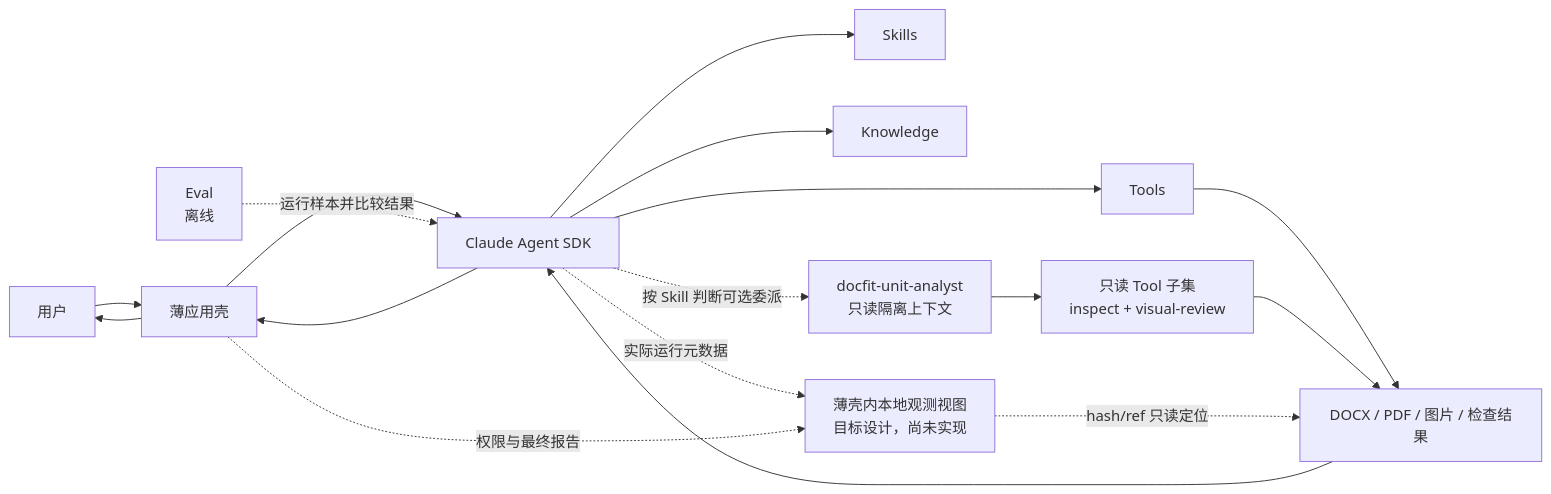
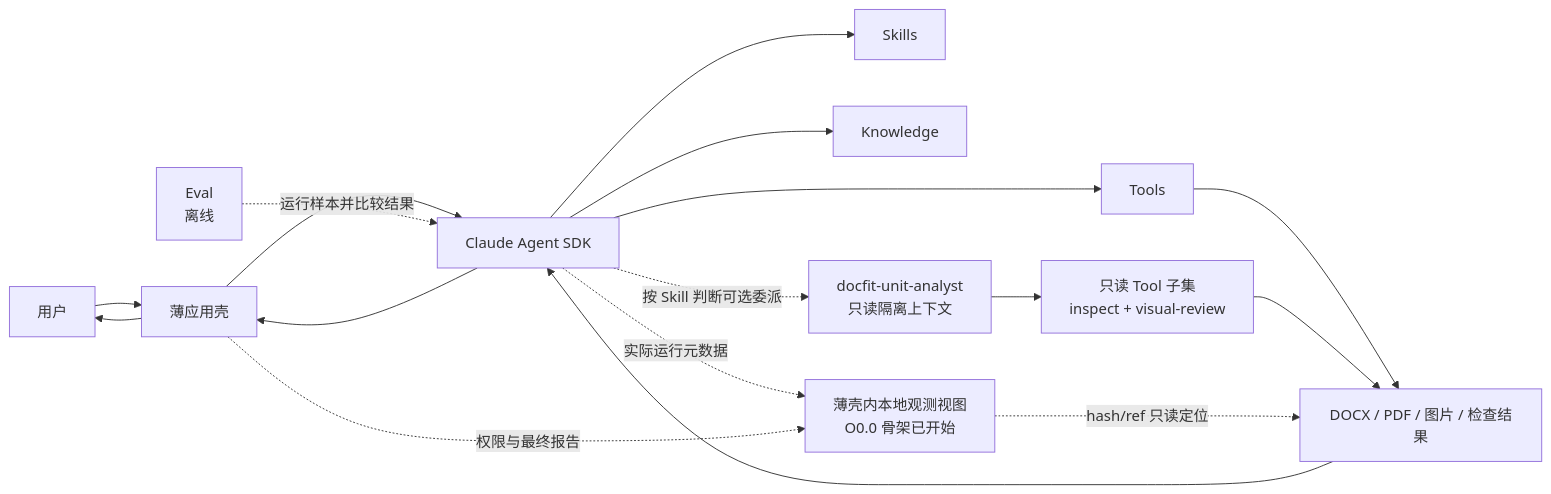
The diagram in docs/docfit-01-architecture-core.md (bamao88/0730), drawn with Mermaid before and after one commit. The commit also changed other lines of this file and 13 other files, not shown here.

````diff
--- a/docs/docfit-01-architecture-core.md
+++ b/docs/docfit-01-architecture-core.md
@@ -81,19 +83,19 @@
 ```mermaid
 flowchart LR
     U["用户"] --> A["薄应用壳"]
     A --> SDK["Claude Agent SDK"]
     SDK --> S["Skills"]
     SDK --> K["Knowledge"]
     SDK --> T["Tools"]
     SDK -."按 Skill 判断可选委派".-> SA["docfit-unit-analyst<br/>只读隔离上下文"]
     SA --> RT["只读 Tool 子集<br/>inspect + visual-review"]
     T --> F["DOCX / PDF / 图片 / 检查结果"]
     RT --> F
     F --> SDK
     SDK --> A
     A --> U
-    SDK -."实际运行元数据".-> O["薄壳内本地观测视图<br/>目标设计，尚未实现"]
+    SDK -."实际运行元数据".-> O["薄壳内本地观测视图<br/>O0.0 骨架已开始"]
     A -."权限与最终报告".-> O
     O -."hash/ref 只读定位".-> F
     E["Eval<br/>离线"] -.运行样本并比较结果.-> SDK
 ```
````
